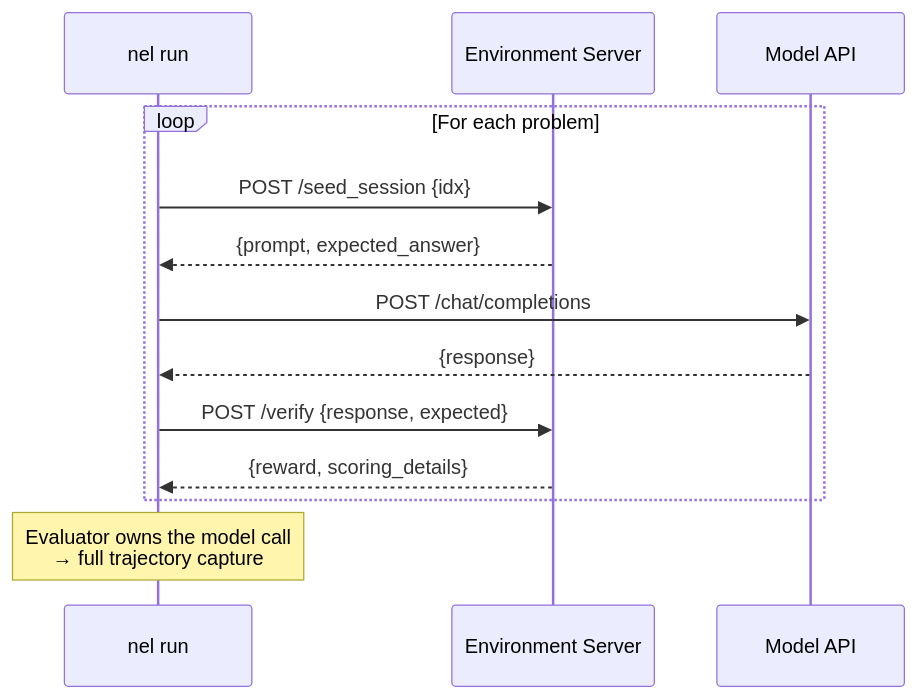
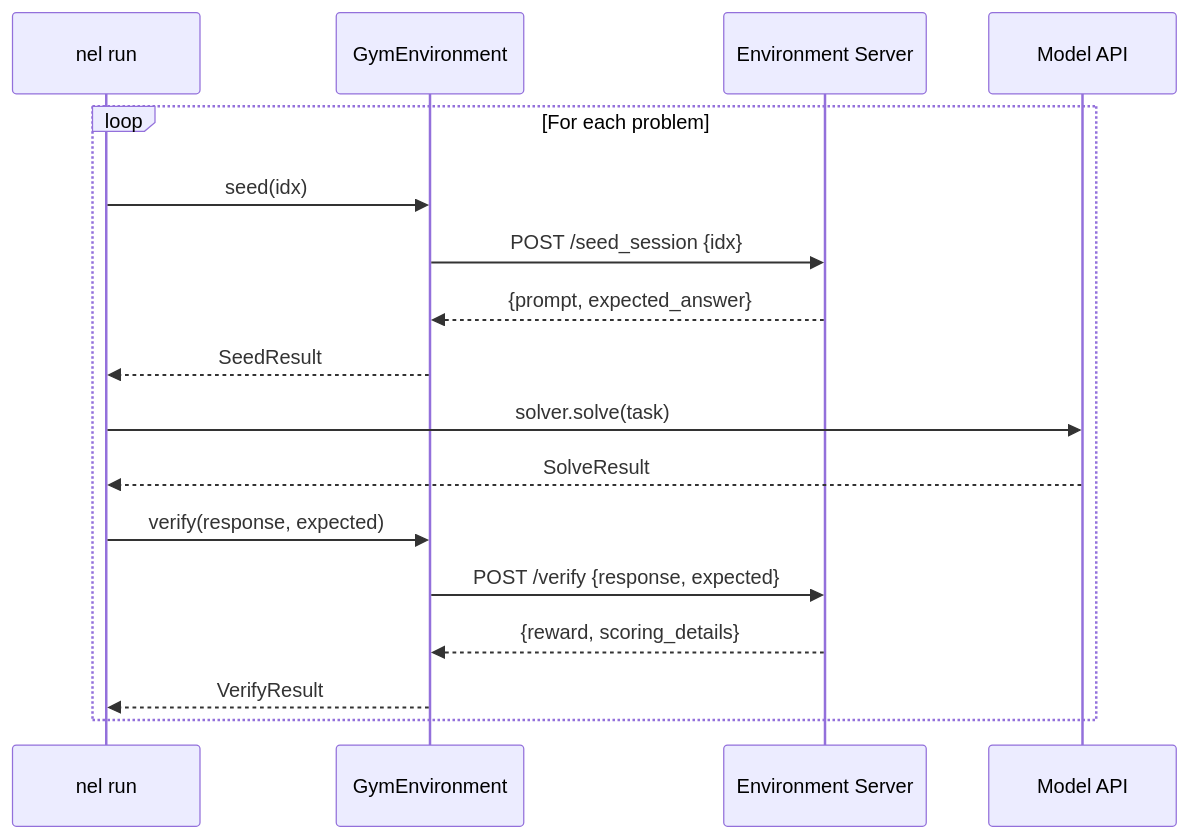
One commit to NVIDIA-NeMo/Evaluator changed the second of 2 diagrams in docs/tutorials/gym-integration.md. Above: the diagram before and after it, drawn with Mermaid. The commit also changed other lines of this file and 13 other files, not shown here.

````diff
--- a/docs/tutorials/gym-integration.md
+++ b/docs/tutorials/gym-integration.md
@@ -118,17 +112,22 @@
 ```{mermaid}
 sequenceDiagram
     participant E as nel run
+    participant G as GymEnvironment
     participant S as Environment Server
     participant M as Model API
 
     loop For each problem
-        E->>S: POST /seed_session {idx}
-        S-->>E: {prompt, expected_answer}
-        E->>M: POST /chat/completions
-        M-->>E: {response}
-        E->>S: POST /verify {response, expected}
-        S-->>E: {reward, scoring_details}
+        E->>G: seed(idx)
+        G->>S: POST /seed_session {idx}
+        S-->>G: {prompt, expected_answer}
+        G-->>E: SeedResult
+
+        E->>M: solver.solve(task)
+        M-->>E: SolveResult
+
+        E->>G: verify(response, expected)
+        G->>S: POST /verify {response, expected}
+        S-->>G: {reward, scoring_details}
+        G-->>E: VerifyResult
     end
-
-    Note over E: Evaluator owns the model call<br/>→ full trajectory capture
 ```
````
